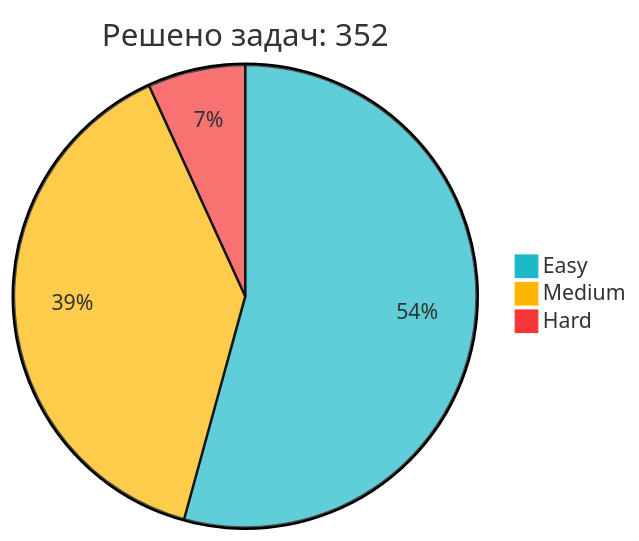
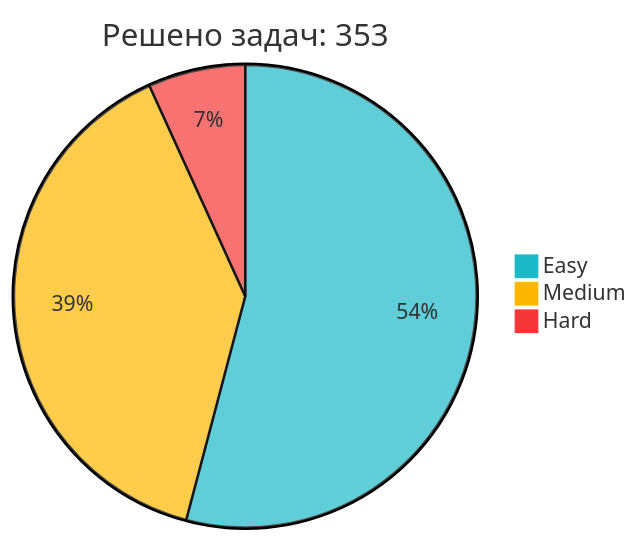
The diagram in README.md (IliaKurdukov/IliaKurdukov), drawn with Mermaid before and after one commit. The commit also changed other lines of this file, not shown here.

Commit message:
📈 Обновление статистики LeetCode

````diff
--- a/README.md
+++ b/README.md
@@ -51,7 +51,7 @@
 ```mermaid
 %%{init: {'theme': 'base', 'themeVariables': { 'pie1': '#1CBAC8', 'pie2': '#FEB700', 'pie3': '#F63737' }, 'config': {'width': 300, 'height': 200}}}%%
-pie title Решено задач: 352
+pie title Решено задач: 353
    "Easy" : 191
-   "Medium" : 137
+   "Medium" : 138
    "Hard" : 24
 ```
````
